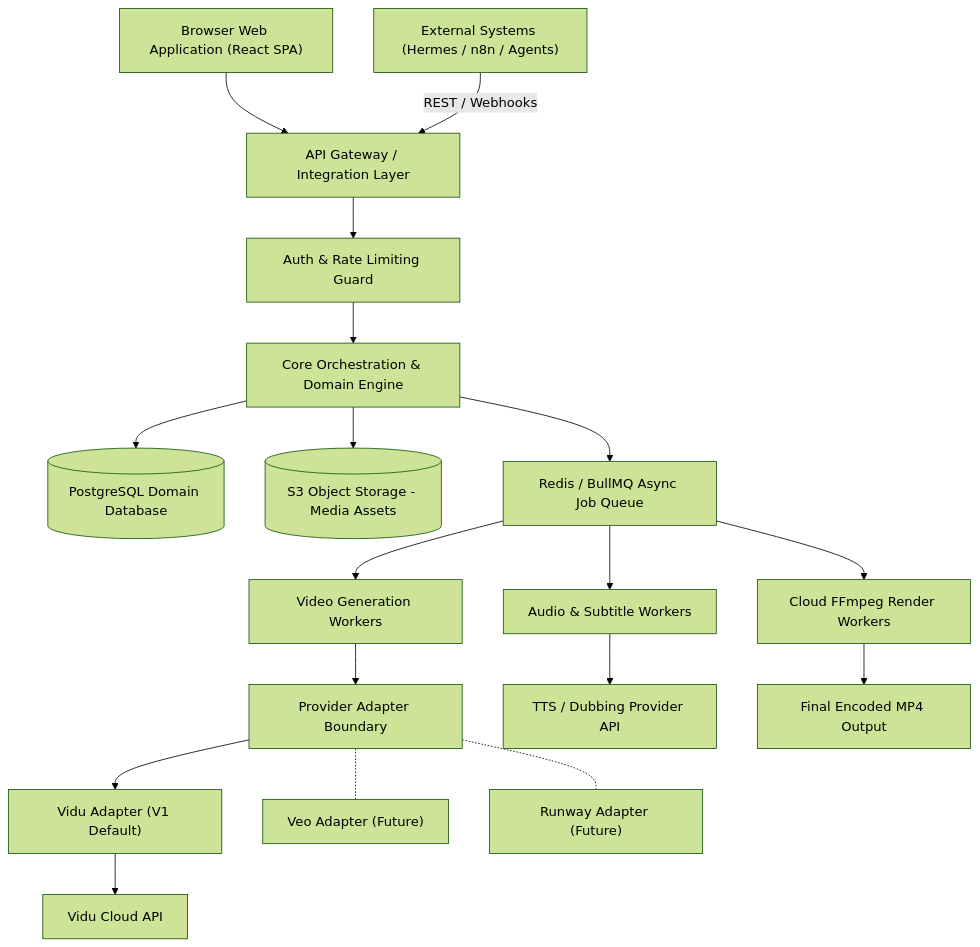
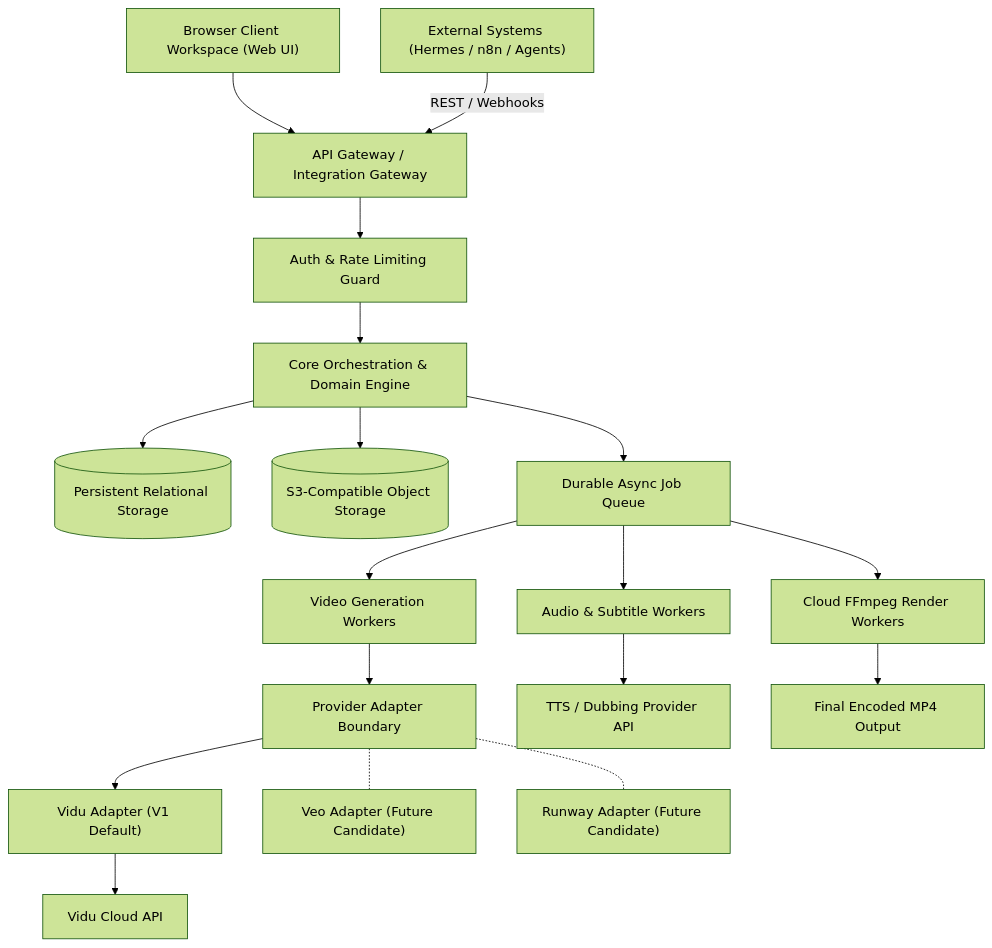
Before and after one commit to rebootob/Orbis-Video-Studio-AI: the diagram in project-docs/20_ARCHITECTURE/SYSTEM_ARCHITECTURE.md, drawn with Mermaid (forest theme). The commit also changed other lines of this file and 30 other files, not shown here.

````diff
--- a/project-docs/20_ARCHITECTURE/SYSTEM_ARCHITECTURE.md
+++ b/project-docs/20_ARCHITECTURE/SYSTEM_ARCHITECTURE.md
@@ -11,25 +11,25 @@
 ```mermaid
 graph TD
-    Client["Browser Web Application (React SPA)"] --> Gateway["API Gateway / Integration Layer"]
+    Client["Browser Client Workspace (Web UI)"] --> Gateway["API Gateway / Integration Gateway"]
     Ext["External Systems (Hermes / n8n / Agents)"] -->|REST / Webhooks| Gateway
     
     Gateway --> Auth["Auth & Rate Limiting Guard"]
     Auth --> CoreEngine["Core Orchestration & Domain Engine"]
     
-    CoreEngine --> StateDB[(PostgreSQL Domain Database)]
-    CoreEngine --> ObjectStore[(S3 Object Storage - Media Assets)]
-    CoreEngine --> JobQueue["Redis / BullMQ Async Job Queue"]
+    CoreEngine --> StateDB[(Persistent Relational Storage)]
+    CoreEngine --> ObjectStore[(S3-Compatible Object Storage)]
+    CoreEngine --> JobQueue["Durable Async Job Queue"]
     
     JobQueue --> VideoWorkers["Video Generation Workers"]
     JobQueue --> AudioWorkers["Audio & Subtitle Workers"]
     JobQueue --> RenderWorkers["Cloud FFmpeg Render Workers"]
     
     VideoWorkers --> AdapterBoundary["Provider Adapter Boundary"]
     AdapterBoundary --> ViduAdapter["Vidu Adapter (V1 Default)"]
-    AdapterBoundary -.- VeoAdapter["Veo Adapter (Future)"]
-    AdapterBoundary -.- RunwayAdapter["Runway Adapter (Future)"]
+    AdapterBoundary -.- VeoAdapter["Veo Adapter (Future Candidate)"]
+    AdapterBoundary -.- RunwayAdapter["Runway Adapter (Future Candidate)"]
     
     ViduAdapter --> ViduAPI["Vidu Cloud API"]
     AudioWorkers --> TTSAPI["TTS / Dubbing Provider API"]
     RenderWorkers --> FinalMP4["Final Encoded MP4 Output"]
 ```
````
